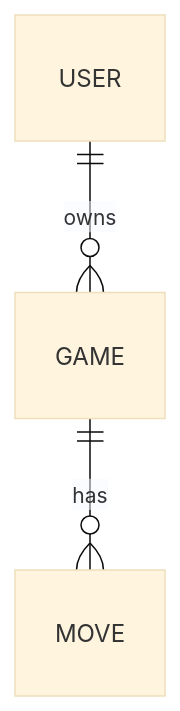
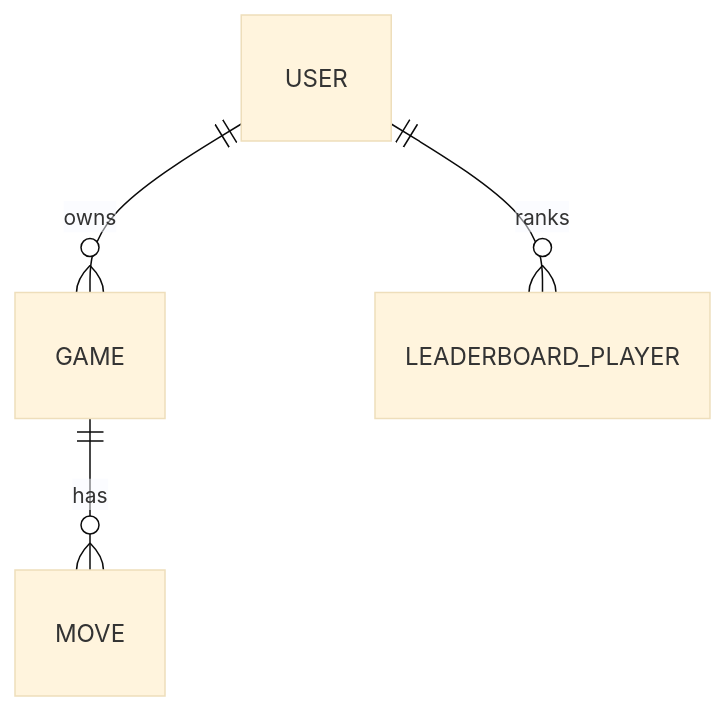
One commit to orassayag/dices-game changed the fifth of 6 diagrams in docs/specs/PLAN-spec.md. Above: the diagram before and after it, drawn with Mermaid (base theme). The commit also changed other lines of this file, not shown here.

Commit message:
docs(spec): update PLAN spec to as-built (leaderboard, seat names, starting seat)

````diff
--- a/docs/specs/PLAN-spec.md
+++ b/docs/specs/PLAN-spec.md
@@ -165,5 +182,6 @@
 ```mermaid
 erDiagram
     USER ||--o{ GAME : owns
+    USER ||--o{ LEADERBOARD_PLAYER : ranks
     GAME ||--o{ MOVE : has
 ```
````
